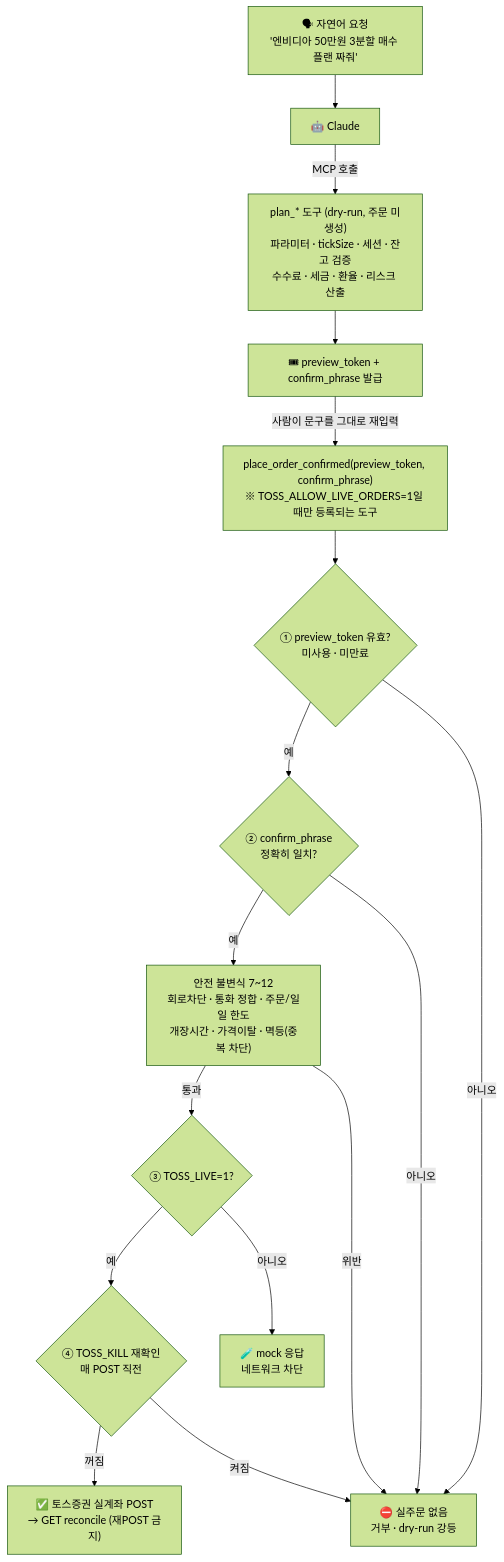
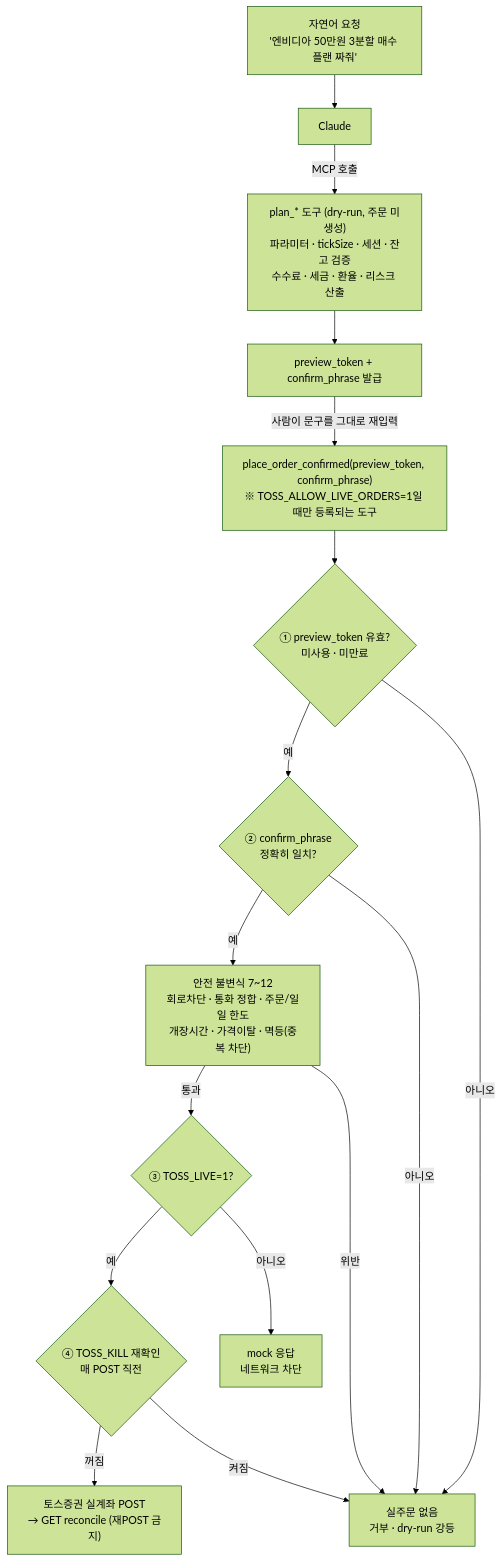
The second of 2 diagrams in README.md (khwee2000/toss-mcp), drawn with Mermaid (forest theme) before and after one commit. The commit also changed other lines of this file, not shown here.

````diff
--- a/README.md
+++ b/README.md
@@ -97,18 +94,18 @@
 ```mermaid
 flowchart TD
-    A["🗣 자연어 요청<br/>'엔비디아 50만원 3분할 매수 플랜 짜줘'"] --> B["🤖 Claude"]
+    A["자연어 요청<br/>'엔비디아 50만원 3분할 매수 플랜 짜줘'"] --> B["Claude"]
     B -- "MCP 호출" --> P["plan_* 도구 (dry-run, 주문 미생성)<br/>파라미터 · tickSize · 세션 · 잔고 검증<br/>수수료 · 세금 · 환율 · 리스크 산출"]
-    P --> T["🎟 preview_token + confirm_phrase 발급"]
+    P --> T["preview_token + confirm_phrase 발급"]
     T -- "사람이 문구를 그대로 재입력" --> E["place_order_confirmed(preview_token, confirm_phrase)<br/>※ TOSS_ALLOW_LIVE_ORDERS=1일 때만 등록되는 도구"]
     E --> G1{"① preview_token 유효?<br/>미사용 · 미만료"}
     G1 -- "예" --> G2{"② confirm_phrase<br/>정확히 일치?"}
     G2 -- "예" --> INV["안전 불변식 7~12<br/>회로차단 · 통화 정합 · 주문/일일 한도<br/>개장시간 · 가격이탈 · 멱등(중복 차단)"]
     INV -- "통과" --> G3{"③ TOSS_LIVE=1?"}
     G3 -- "예" --> G4{"④ TOSS_KILL 재확인<br/>매 POST 직전"}
-    G4 -- "꺼짐" --> R["✅ 토스증권 실계좌 POST<br/>→ GET reconcile (재POST 금지)"]
-    G1 -- "아니오" --> X["⛔ 실주문 없음<br/>거부 · dry-run 강등"]
+    G4 -- "꺼짐" --> R["토스증권 실계좌 POST<br/>→ GET reconcile (재POST 금지)"]
+    G1 -- "아니오" --> X["실주문 없음<br/>거부 · dry-run 강등"]
     G2 -- "아니오" --> X
     INV -- "위반" --> X
-    G3 -- "아니오" --> MK["🧪 mock 응답<br/>네트워크 차단"]
+    G3 -- "아니오" --> MK["mock 응답<br/>네트워크 차단"]
     G4 -- "켜짐" --> X
 ```
````
